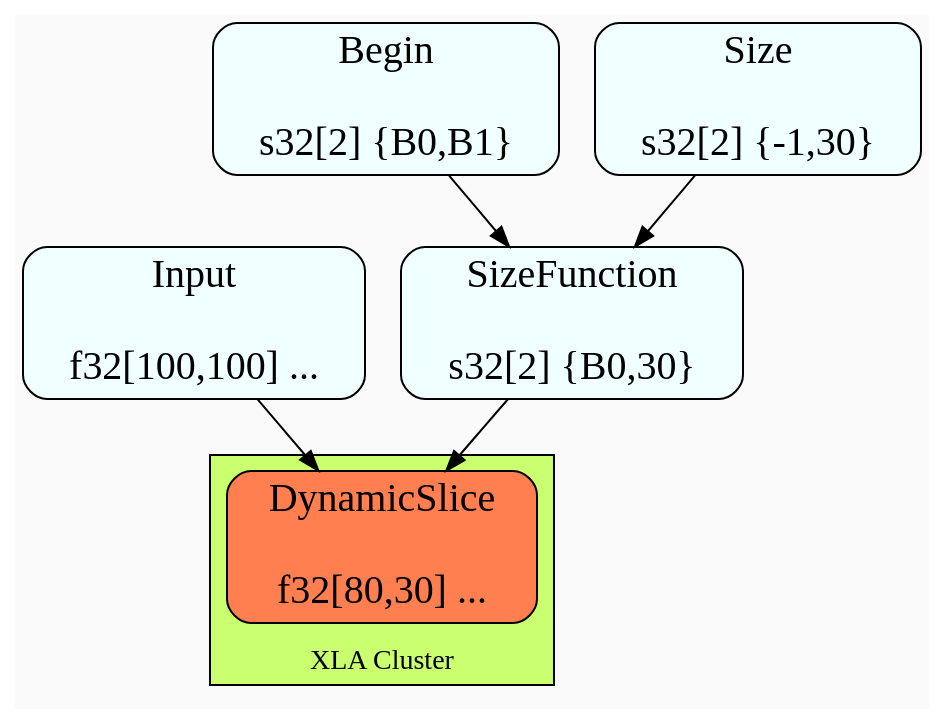
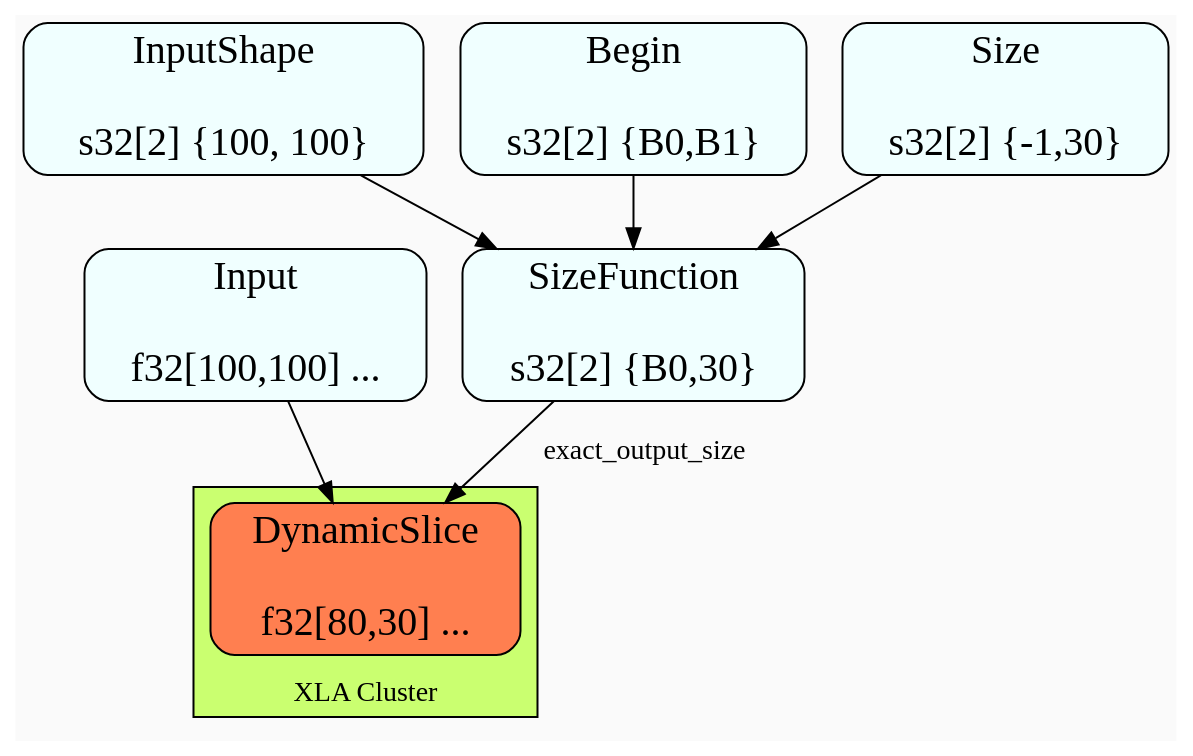
One commit to sanjoy/auto-clustering-presentation changed the diagram in reduce-compilation-symbolic-slice-fixed.dot. Above: the diagram before and after it, drawn with Graphviz. The commit also changed 14 other files, not shown here.

```diff
--- a/reduce-compilation-symbolic-slice-fixed.dot
+++ b/reduce-compilation-symbolic-slice-fixed.dot
@@ -1,23 +1,25 @@
 digraph {
   graph[bgcolor=gray98,compound=true]
   node[fontsize=20,shape=box,fillcolor=azure, style="filled,rounded"]
 
   subgraph cluster_0 {
     label="XLA Cluster";labelloc="b"
     style=filled
     fillcolor=darkolivegreen1
     node[fillcolor=coral]
     DynamicSlice
   }
 
   Input[label="Input\n\nf32[100,100] ..."]
+  InputShape[label="InputShape\n\ns32[2] {100, 100}"]
   Begin[label="Begin\n\ns32[2] {B0,B1}"]
   Size[label="Size\n\ns32[2] {-1,30}"]
   SizeFunction[label="SizeFunction\n\ns32[2] {B0,30}"]
   DynamicSlice[label="DynamicSlice\n\nf32[80,30] ..."]
 
   Input -> DynamicSlice
   Begin -> SizeFunction
   Size -> SizeFunction
-  SizeFunction -> DynamicSlice
+  InputShape -> SizeFunction
+  SizeFunction -> DynamicSlice[label="exact_output_size"]
 }
```
